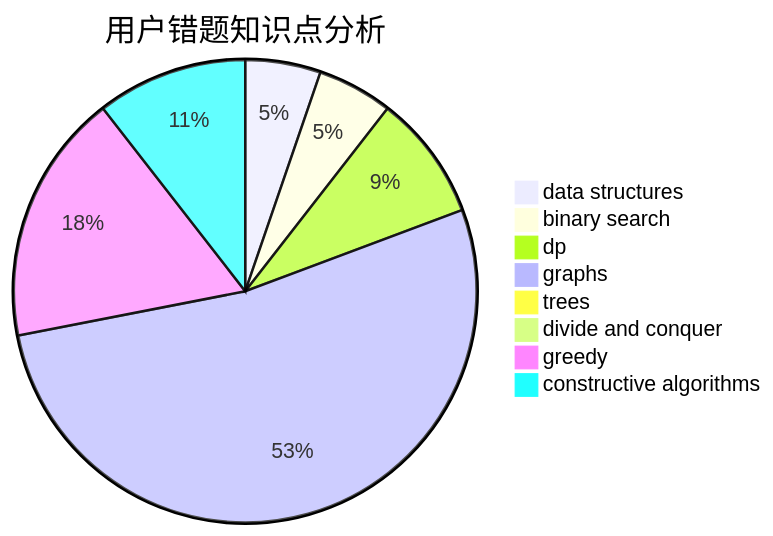
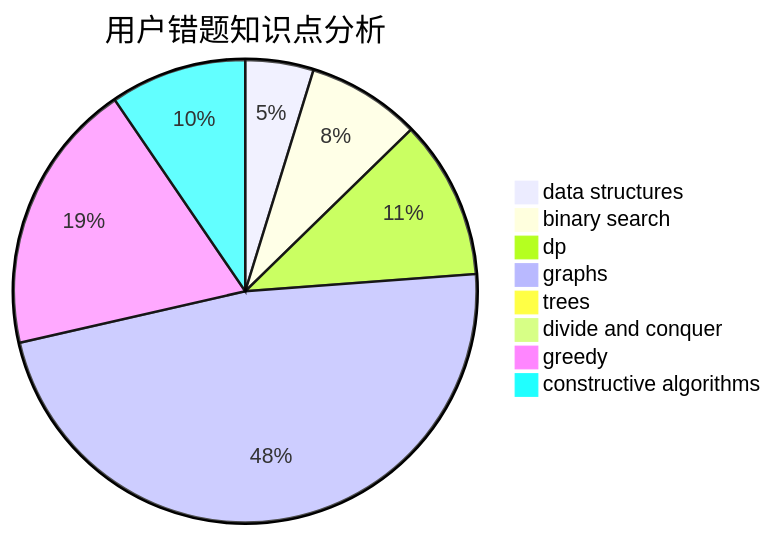
The third of 3 diagrams in docs/user/u1472.md (sherpahu/cfrs.github.io), drawn with Mermaid before and after one commit. The commit also changed other lines of this file and 2770 other files, not shown here.

````diff
--- a/docs/user/u1472.md
+++ b/docs/user/u1472.md
@@ -36,11 +36,11 @@
 ```mermaid
 pie title 用户错题知识点分析
     "data structures" :  3
-    "binary search" :  3
-    "dp" :  5
+    "binary search" :  5
+    "dp" :  7
     "graphs" :  30
     "trees" :  0
     "divide and conquer" :  0
-    "greedy" :  10
+    "greedy" :  12
     "constructive algorithms" :  6
 ```
````
